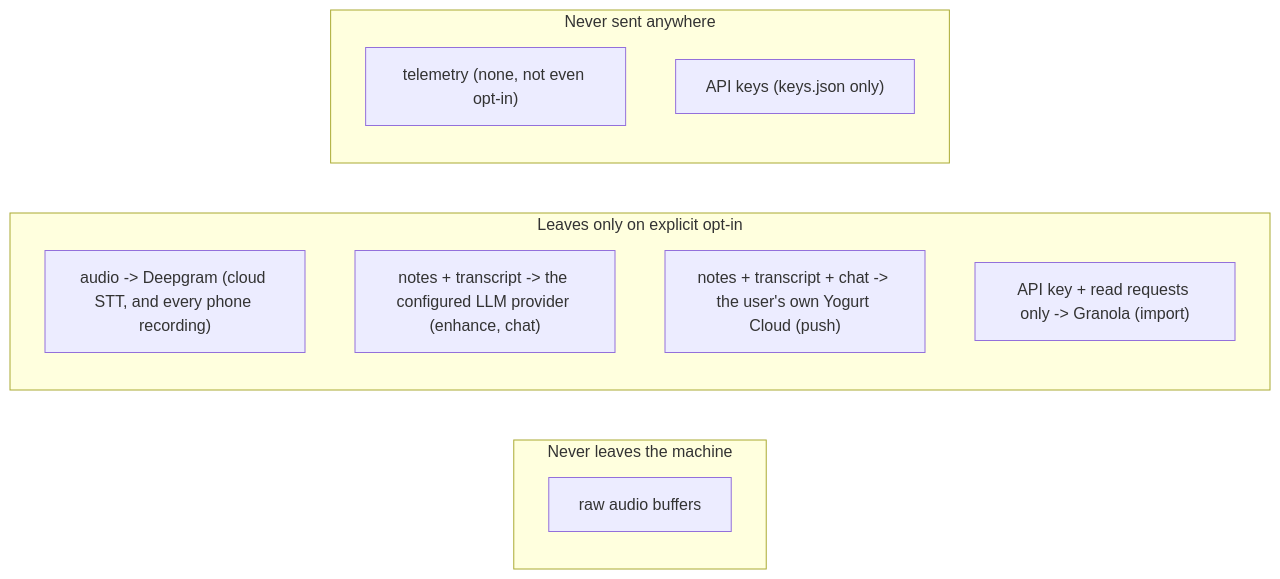
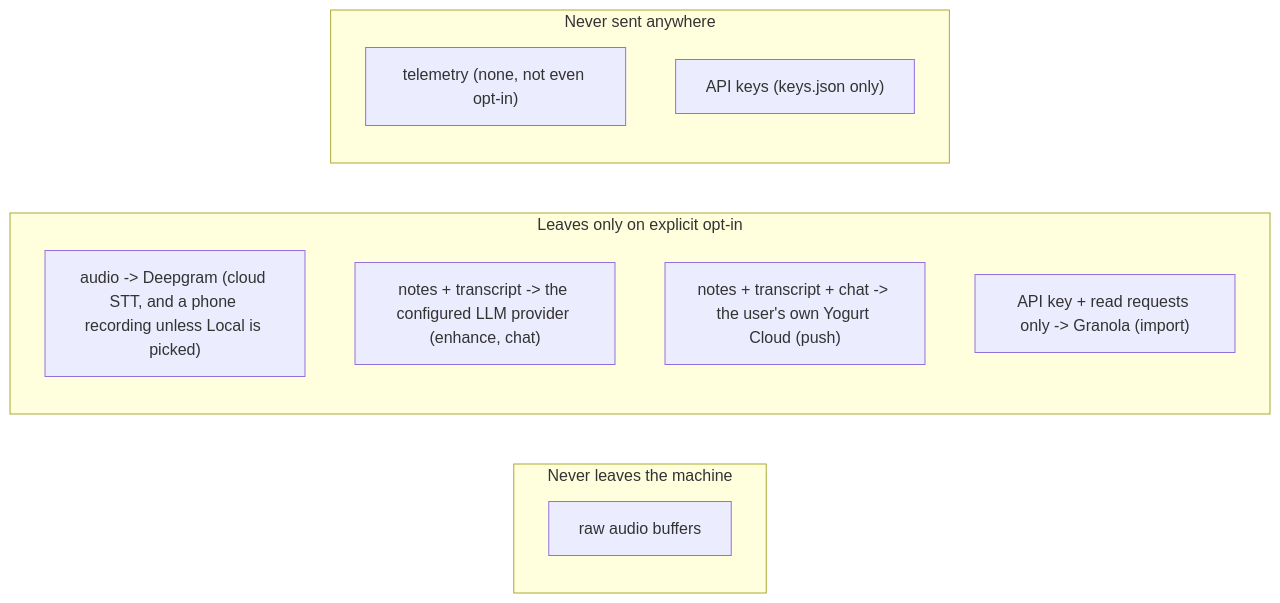
Before and after one commit to jarvisrchen/yogurt: diagram 11 of 14 in docs/ARCHITECTURE.md, drawn with Mermaid. The commit also changed other lines of this file and 43 other files, not shown here.

First line of the commit message:
MOB-4: Transcribe on the phone with a Whisper or Parakeet model, picked in Settings > Transcription (#253)

````diff
--- a/docs/ARCHITECTURE.md
+++ b/docs/ARCHITECTURE.md
@@ -656,16 +656,16 @@
 ```mermaid
 graph LR
     subgraph Local["Never leaves the machine"]
         AUDIOB["raw audio buffers"]
     end
     subgraph Opt["Leaves only on explicit opt-in"]
-        AU["audio -> Deepgram (cloud STT, and every phone recording)"]
+        AU["audio -> Deepgram (cloud STT, and a phone recording unless Local is picked)"]
         TR["notes + transcript -> the configured LLM provider (enhance, chat)"]
         CL["notes + transcript + chat -> the user's own Yogurt Cloud (push)"]
         GRN["API key + read requests only -> Granola (import)"]
     end
     subgraph Never["Never sent anywhere"]
         TEL["telemetry (none, not even opt-in)"]
         KEYS["API keys (keys.json only)"]
     end
 ```
````
